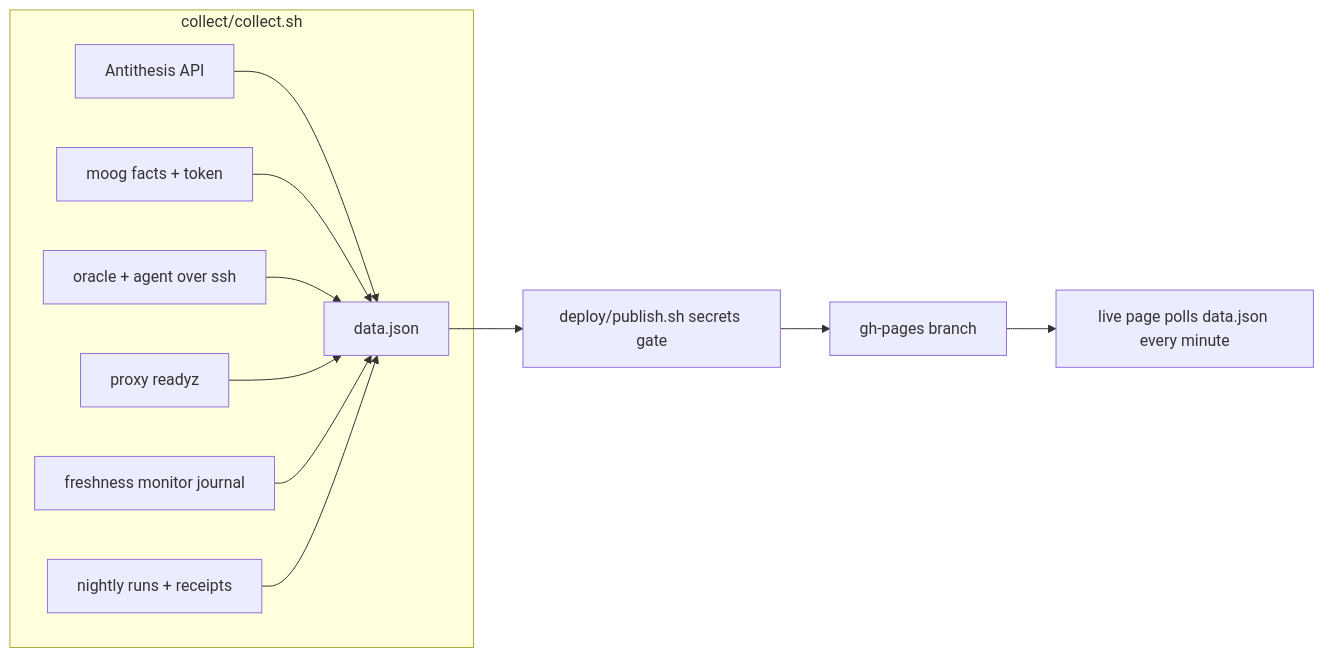
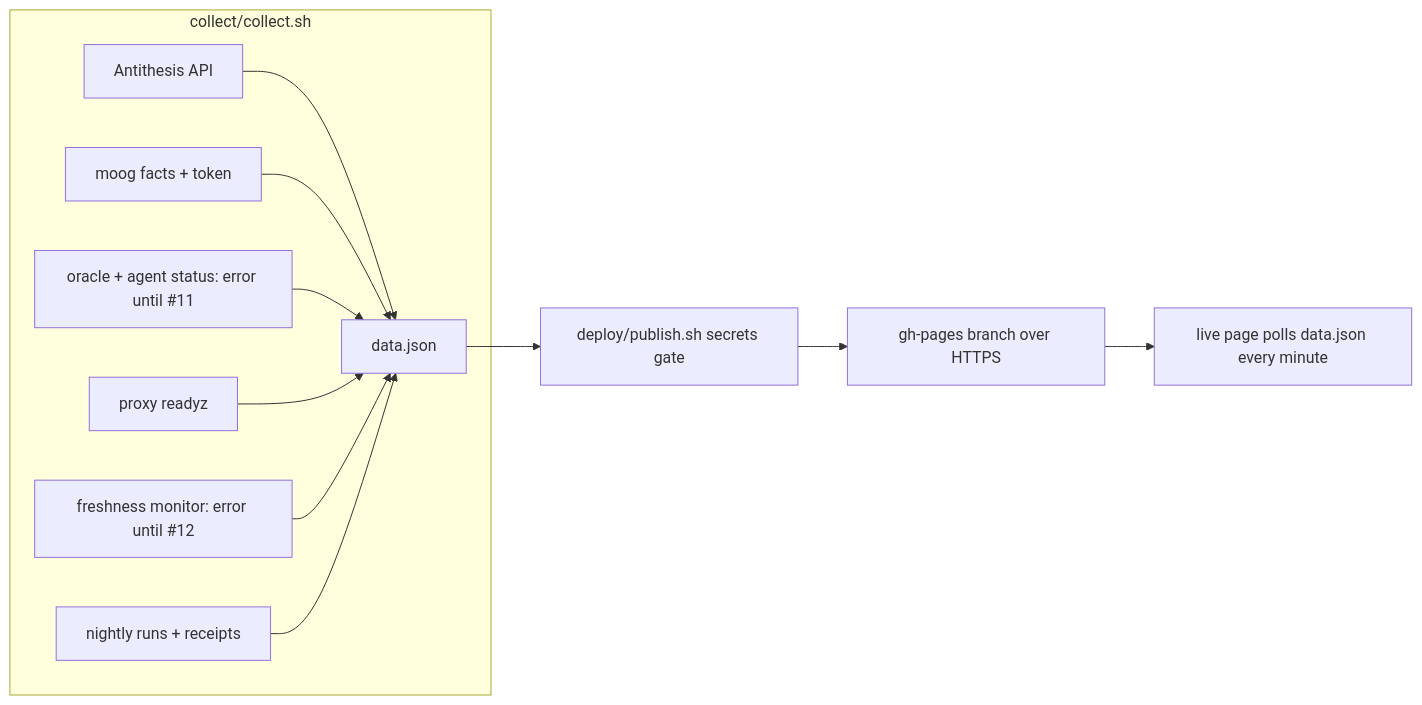
The diagram in README.md (lambdasistemi/moog-antithesis-dashboard), drawn with Mermaid before and after one commit. The commit also changed other lines of this file and 10 other files, not shown here.

````diff
--- a/README.md
+++ b/README.md
@@ -25,14 +29,14 @@
 ```mermaid
 flowchart LR
     subgraph collect [collect/collect.sh]
         A[Antithesis API] --> J[data.json]
         B[moog facts + token] --> J
-        C[oracle + agent over ssh] --> J
+        C[oracle + agent status: error until #11] --> J
         D[proxy readyz] --> J
-        E[freshness monitor journal] --> J
+        E[freshness monitor: error until #12] --> J
         F[nightly runs + receipts] --> J
     end
     J --> K[deploy/publish.sh secrets gate]
-    K --> L[gh-pages branch]
+    K --> L[gh-pages branch over HTTPS]
     L --> M[live page polls data.json every minute]
 ```
````
